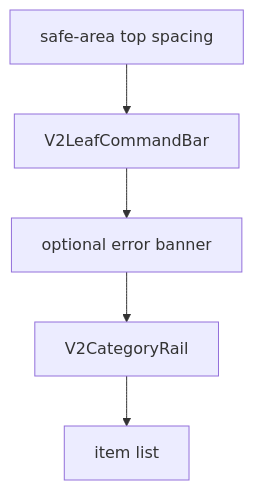
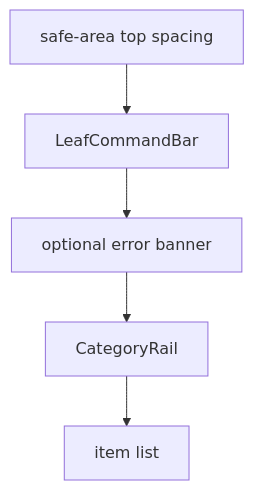
One commit to U-Keun/Tickly changed the diagram in docs/v2-notes/004-command-bar-first-layout.md. Above: the diagram before and after it, drawn with Mermaid. The commit also changed other lines of this file and 167 other files, not shown here.

````diff
--- a/docs/v2-notes/004-command-bar-first-layout.md
+++ b/docs/v2-notes/004-command-bar-first-layout.md
@@ -13,7 +13,7 @@
 ```mermaid
 flowchart TB
-  Top["safe-area top spacing"] --> Command["V2LeafCommandBar"]
+  Top["safe-area top spacing"] --> Command["LeafCommandBar"]
   Command --> Error["optional error banner"]
-  Error --> Category["V2CategoryRail"]
+  Error --> Category["CategoryRail"]
   Category --> List["item list"]
 ```
````
